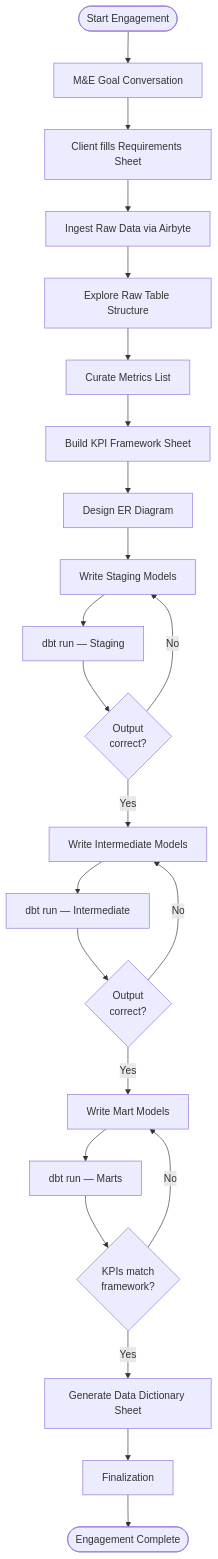
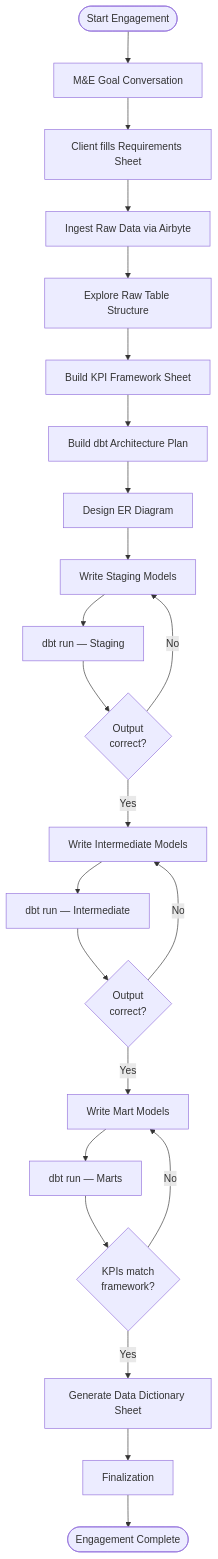
Before and after one commit to DalgoT4D/dalgo-consulting: the first of 2 diagrams in docs/process.md, drawn with Mermaid. The commit also changed other lines of this file and 23 other files, not shown here.

````diff
--- a/docs/process.md
+++ b/docs/process.md
@@ -23,25 +23,25 @@
 ```mermaid
 flowchart TD
     A([Start Engagement]) --> B[M&E Goal Conversation]
     B --> C[Client fills Requirements Sheet]
     C --> D[Ingest Raw Data via Airbyte]
     D --> E[Explore Raw Table Structure]
-    E --> F[Curate Metrics List]
-    F --> G[Build KPI Framework Sheet]
+    E --> F[Build KPI Framework Sheet]
+    F --> G[Build dbt Architecture Plan]
     G --> H[Design ER Diagram]
     H --> I[Write Staging Models]
     I --> J[dbt run — Staging]
     J --> K{Output\ncorrect?}
     K -- No --> I
     K -- Yes --> L[Write Intermediate Models]
     L --> M[dbt run — Intermediate]
     M --> N{Output\ncorrect?}
     N -- No --> L
     N -- Yes --> O[Write Mart Models]
     O --> P[dbt run — Marts]
     P --> Q{KPIs match\nframework?}
     Q -- No --> O
     Q -- Yes --> R[Generate Data Dictionary Sheet]
     R --> S[Finalization]
     S --> T([Engagement Complete])
 ```
````
